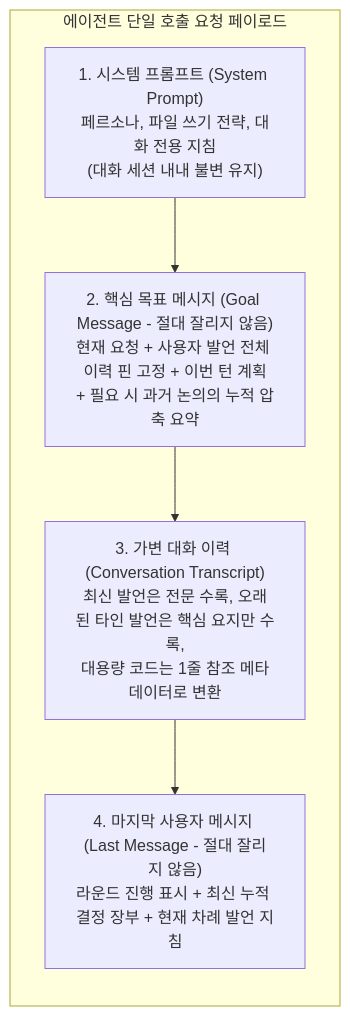
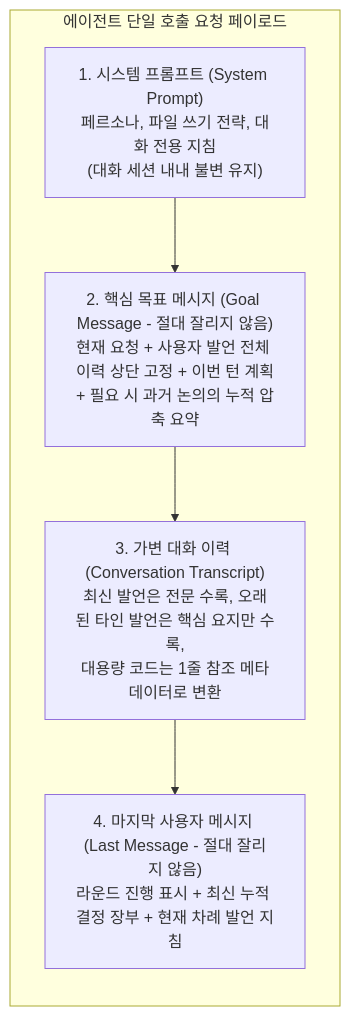
Before and after one commit to HaJaehee/MultiAgentDebateAndOrchestrationPlatform: the diagram in lectures/04-core-techniques/05-context-memory.md, drawn with Mermaid. The commit also changed other lines of this file and 55 other files, not shown here.

````diff
--- a/lectures/04-core-techniques/05-context-memory.md
+++ b/lectures/04-core-techniques/05-context-memory.md
@@ -33,11 +33,11 @@
 ```mermaid
 flowchart TB
     subgraph req["에이전트 단일 호출 요청 페이로드"]
         direction TB
         sys["1. 시스템 프롬프트 (System Prompt)<br/>페르소나, 파일 쓰기 전략, 대화 전용 지침<br/>(대화 세션 내내 불변 유지)"]
-        goal["2. 핵심 목표 메시지 (Goal Message - 절대 잘리지 않음)<br/>현재 요청 + 사용자 발언 전체 이력 핀 고정 + 이번 턴 계획<br/>+ 필요 시 과거 논의의 누적 압축 요약"]
+        goal["2. 핵심 목표 메시지 (Goal Message - 절대 잘리지 않음)<br/>현재 요청 + 사용자 발언 전체 이력 상단 고정 + 이번 턴 계획<br/>+ 필요 시 과거 논의의 누적 압축 요약"]
         trans["3. 가변 대화 이력 (Conversation Transcript)<br/>최신 발언은 전문 수록, 오래된 타인 발언은 핵심 요지만 수록,<br/>대용량 코드는 1줄 참조 메타데이터로 변환"]
         last["4. 마지막 사용자 메시지 (Last Message - 절대 잘리지 않음)<br/>라운드 진행 표시 + 최신 누적 결정 장부 + 현재 차례 발언 지침"]
         sys --> goal --> trans --> last
     end
 ```
````
